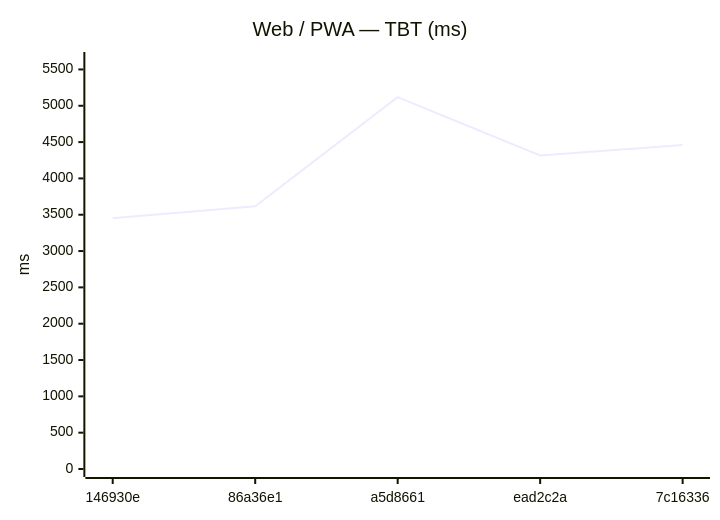
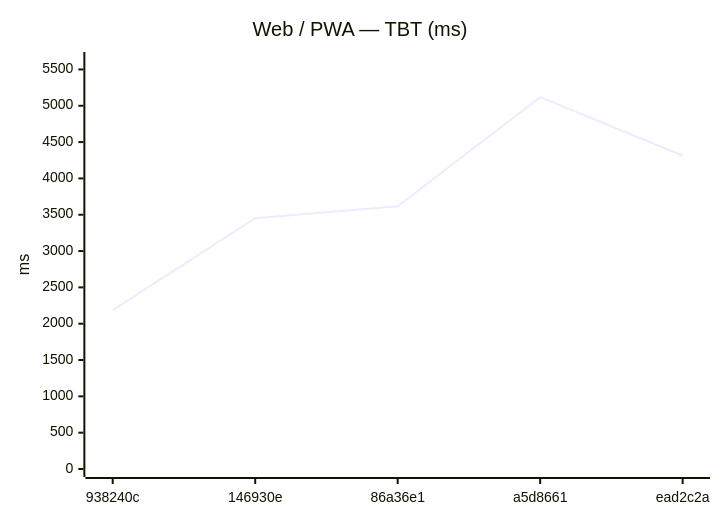
One commit to Metaheurist/Rianell changed the sixth of 12 diagrams in benchmarks/compare.md. Above: the diagram before and after it, drawn with Mermaid. The commit also changed other lines of this file and 8 other files, not shown here.

````diff
--- a/benchmarks/compare.md
+++ b/benchmarks/compare.md
@@ -89,7 +89,7 @@
 ```mermaid
 xychart-beta
     title "Web / PWA — TBT (ms)"
-    x-axis ["146930e", "86a36e1", "a5d8661", "ead2c2a", "7c16336"]
+    x-axis ["938240c", "146930e", "86a36e1", "a5d8661", "ead2c2a"]
     y-axis "ms" 0 --> 5630
-    line [3453, 3617, 5118, 4315, 4460]
+    line [2187, 3453, 3617, 5118, 4315]
 ```
````
